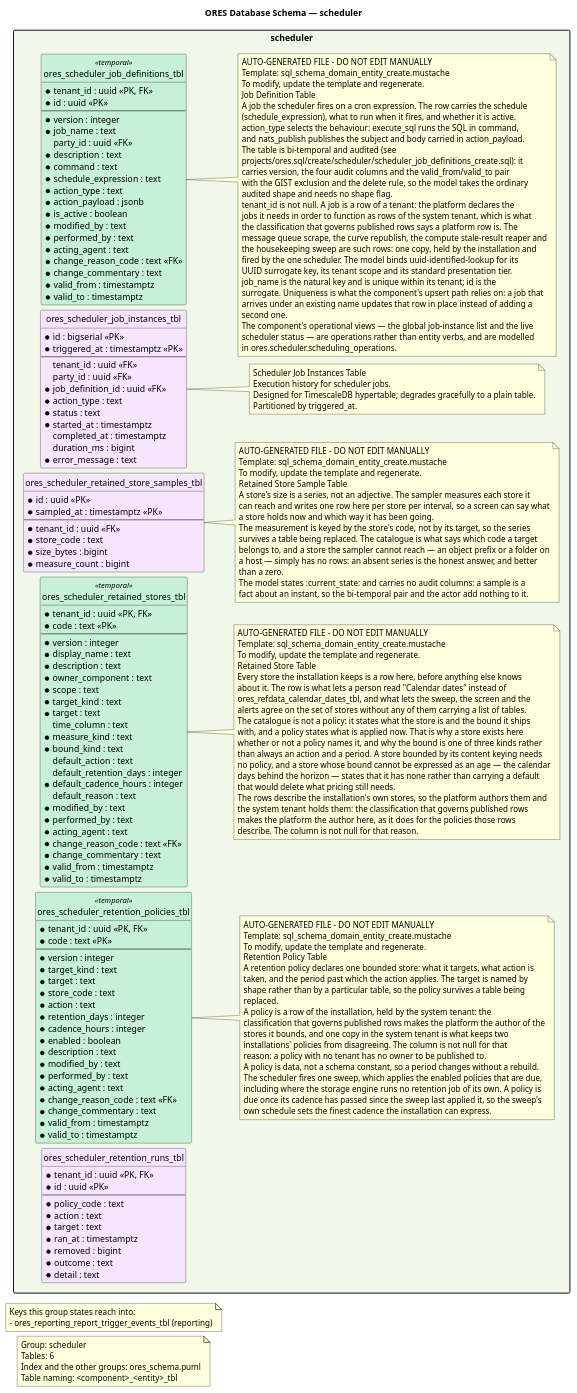
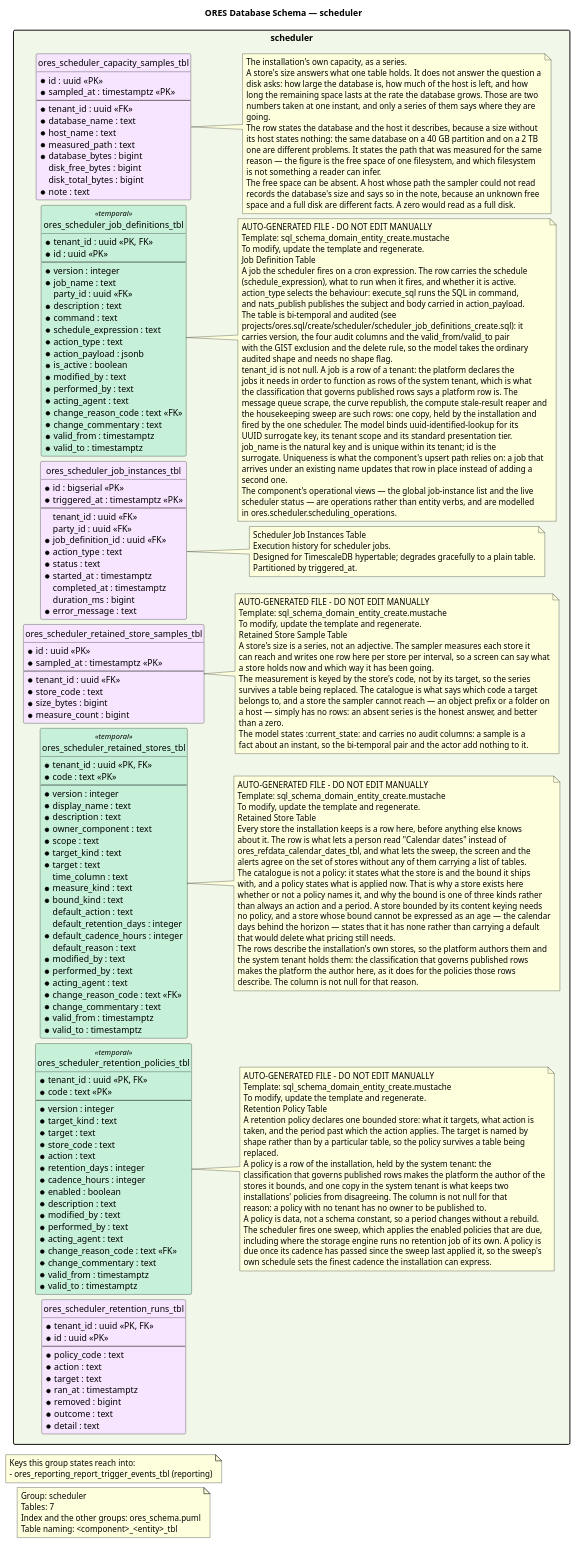
The diagram in projects/ores.sql/modeling/ores_schema.scheduler.puml (OreStudio/OreStudio), drawn with PlantUML before and after one commit. The commit also changed 47 other files, not shown here.

First line of the commit message:
[scheduler,web] Measure the installation's size against the space it sits on

```diff
--- a/projects/ores.sql/modeling/ores_schema.scheduler.puml
+++ b/projects/ores.sql/modeling/ores_schema.scheduler.puml
@@ -32,7 +32,7 @@
 
 note as GroupNote
 Group: scheduler
-Tables: 6
+Tables: 7
 Index and the other groups: ores_schema.puml
 Table naming: <component>_<entity>_tbl
 end note
@@ -46,6 +46,37 @@
 ' ==================== scheduler (Job Scheduler) ====================
 '
 package "scheduler" #F1F8E9 {
+    entity ores_scheduler_capacity_samples_tbl  #F7E5FF {
+        * id : uuid <<PK>>
+        * sampled_at : timestamptz <<PK>>
+        --
+        * tenant_id : uuid <<FK>>
+        * database_name : text
+        * host_name : text
+        * measured_path : text
+        * database_bytes : bigint
+          disk_free_bytes : bigint
+          disk_total_bytes : bigint
+        * note : text
+    }
+
+    note right of ores_scheduler_capacity_samples_tbl
+    The installation's own capacity, as a series.
+    A store's size answers what one table holds. It does not answer the question a
+    disk asks: how large the database is, how much of the host is left, and how
+    long the remaining space lasts at the rate the database grows. Those are two
+    numbers taken at one instant, and only a series of them says where they are
+    going.
+    The row states the database and the host it describes, because a size without
+    its host states nothing: the same database on a 40 GB partition and on a 2 TB
+    one are different problems. It states the path that was measured for the same
+    reason — the figure is the free space of one filesystem, and which filesystem
+    is not something a reader can infer.
+    The free space can be absent. A host whose path the sampler could not read
+    records the database's size and says so in the note, because an unknown free
+    space and a full disk are different facts. A zero would read as a full disk.
+    end note
+
     entity ores_scheduler_job_definitions_tbl <<temporal>> #C6F0D8 {
         * tenant_id : uuid <<PK, FK>>
         * id : uuid <<PK>>
```
